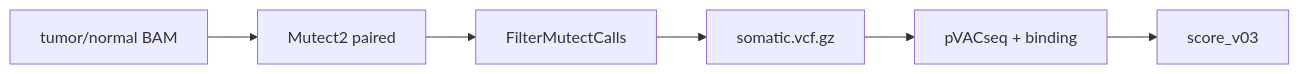
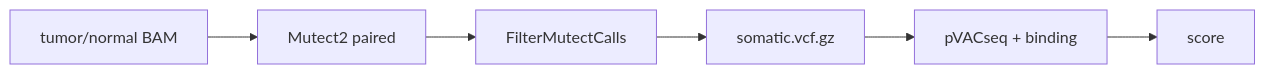
Before and after one commit to lphilomena/neo: the diagram in docs/SNV_PHASE1_WES.md, drawn with Mermaid. The commit also changed other lines of this file and 429 other files, not shown here.

````diff
--- a/docs/SNV_PHASE1_WES.md
+++ b/docs/SNV_PHASE1_WES.md
@@ -7,8 +7,8 @@
 ```mermaid
 flowchart LR
   A[tumor/normal BAM] --> B[Mutect2 paired]
   B --> C[FilterMutectCalls]
   C --> D[somatic.vcf.gz]
   D --> E[pVACseq + binding]
-  E --> F[score_v03]
+  E --> F[score]
 ```
````
